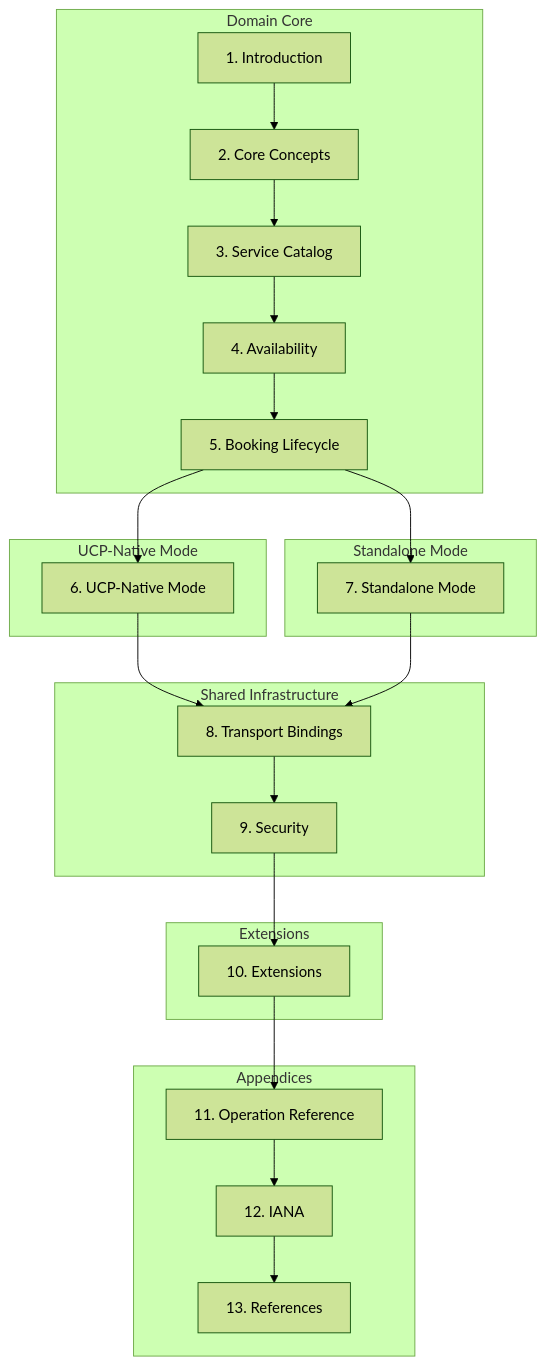
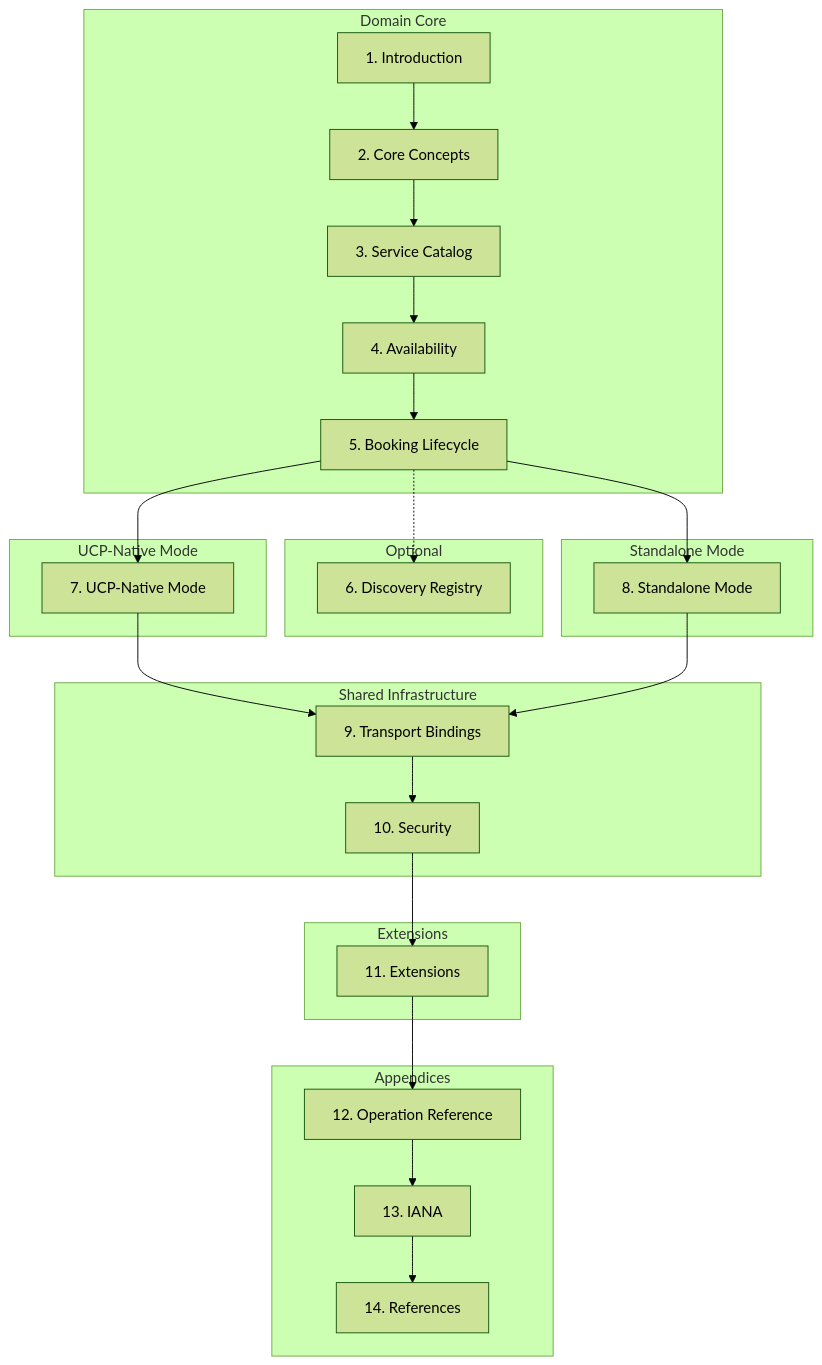
Before and after one commit to wix/universal-scheduling-protocol: the diagram in README.md, drawn with Mermaid (forest theme). The commit also changed other lines of this file and 2 other files, not shown here.

````diff
--- a/README.md
+++ b/README.md
@@ -51,39 +51,44 @@
 ```mermaid
 graph TD
     subgraph domainCore [Domain Core]
         S1["1. Introduction"] --> S2["2. Core Concepts"]
         S2 --> S3["3. Service Catalog"]
         S3 --> S4["4. Availability"]
         S4 --> S5["5. Booking Lifecycle"]
     end
 
+    subgraph optional [Optional]
+        S6["6. Discovery Registry"]
+    end
+
     subgraph ucpPath [UCP-Native Mode]
-        S6["6. UCP-Native Mode"]
+        S7["7. UCP-Native Mode"]
     end
 
     subgraph standalonePath [Standalone Mode]
-        S7["7. Standalone Mode"]
+        S8["8. Standalone Mode"]
     end
 
     subgraph shared [Shared Infrastructure]
-        S8["8. Transport Bindings"]
-        S8 --> S9["9. Security"]
+        S9["9. Transport Bindings"]
+        S9 --> S10["10. Security"]
     end
 
     subgraph extensions [Extensions]
-        S10["10. Extensions"]
+        S11["11. Extensions"]
     end
 
     subgraph appendices [Appendices]
-        S11["11. Operation Reference"]
-        S11 --> S12["12. IANA"]
-        S12 --> S13["13. References"]
+        S12["12. Operation Reference"]
+        S12 --> S13["13. IANA"]
+        S13 --> S14["14. References"]
     end
 
-    S5 --> S6
     S5 --> S7
-    S6 --> S8
-    S7 --> S8
-    S9 --> S10
+    S5 --> S8
+    S5 -.-> S6
+    S7 --> S9
+    S8 --> S9
     S10 --> S11
+    S11 --> S12
 ```
````
